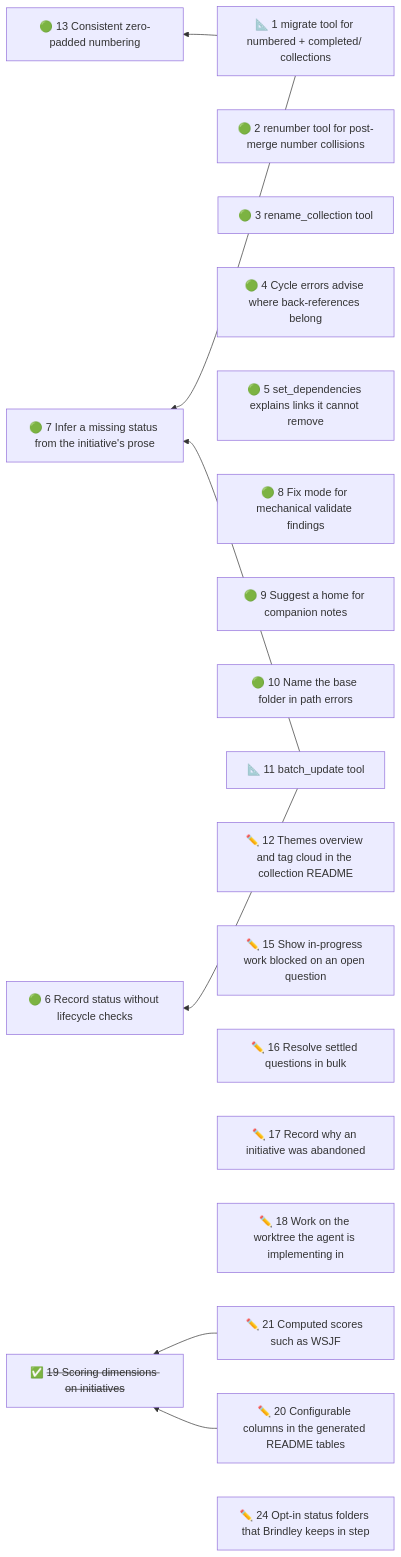
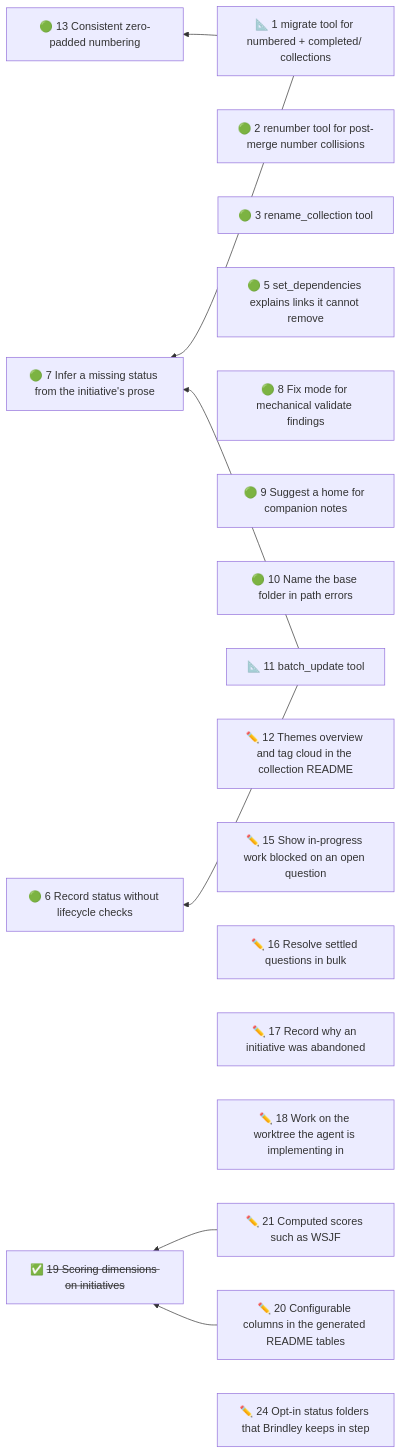
Before and after one commit to duckAsteroid/brindley: the diagram in initiatives/README.md, drawn with Mermaid. The commit also changed other lines of this file and 11 other files, not shown here.

First line of the commit message:
fix: cycle errors advise where a back-reference belongs

````diff
--- a/initiatives/README.md
+++ b/initiatives/README.md
@@ -46,30 +46,29 @@
 ```mermaid
 flowchart RL
   n1["📐 1 migrate tool for numbered + completed/ collections"]
   n2["🟢 2 renumber tool for post-merge number collisions"]
   n3["🟢 3 rename_collection tool"]
-  n4["🟢 4 Cycle errors advise where back-references belong"]
   n5["🟢 5 set_dependencies explains links it cannot remove"]
   n6["🟢 6 Record status without lifecycle checks"]
   n7["🟢 7 Infer a missing status from the initiative's prose"]
   n8["🟢 8 Fix mode for mechanical validate findings"]
   n9["🟢 9 Suggest a home for companion notes"]
   n10["🟢 10 Name the base folder in path errors"]
   n11["📐 11 batch_update tool"]
   n12["✏️ 12 Themes overview and tag cloud in the collection README"]
   n13["🟢 13 Consistent zero-padded numbering"]
   n15["✏️ 15 Show in-progress work blocked on an open question"]
   n16["✏️ 16 Resolve settled questions in bulk"]
   n17["✏️ 17 Record why an initiative was abandoned"]
   n18["✏️ 18 Work on the worktree the agent is implementing in"]
   n20["✏️ 20 Configurable columns in the generated README tables"]
   n21["✏️ 21 Computed scores such as WSJF"]
   n24["✏️ 24 Opt-in status folders that Brindley keeps in step"]
   n19["✅ <s>19 Scoring dimensions on initiatives</s>"]
   n1 --> n7
   n1 --> n13
   n11 --> n6
   n11 --> n7
   n20 --> n19
   n21 --> n19
 ```
````
